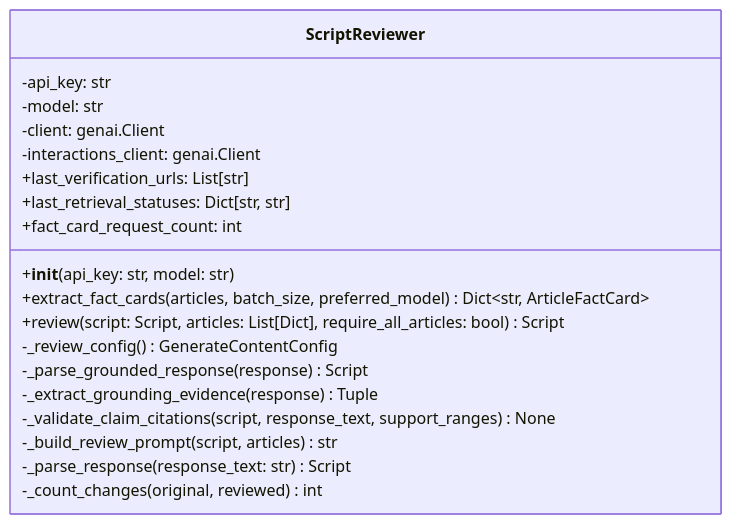
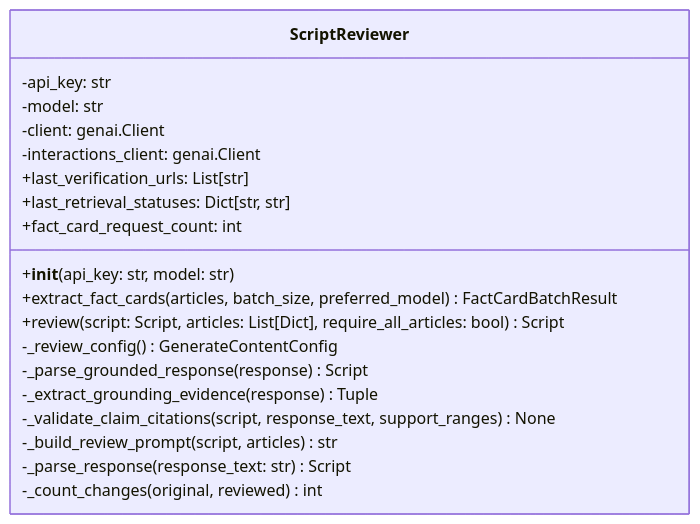
The third of 8 diagrams in docs/LLD.md (necoha/auto-podcast), drawn with Mermaid before and after one commit. The commit also changed other lines of this file and 2 other files, not shown here.

````diff
--- a/docs/LLD.md
+++ b/docs/LLD.md
@@ -205,22 +207,22 @@
 ```mermaid
 classDiagram
     class ScriptReviewer {
         -api_key: str
         -model: str
         -client: genai.Client
         -interactions_client: genai.Client
         +last_verification_urls: List[str]
         +last_retrieval_statuses: Dict[str, str]
         +fact_card_request_count: int
         +__init__(api_key: str, model: str)
-        +extract_fact_cards(articles, batch_size, preferred_model) Dict~str, ArticleFactCard~
+        +extract_fact_cards(articles, batch_size, preferred_model) FactCardBatchResult
         +review(script: Script, articles: List[Dict], require_all_articles: bool) Script
         -_review_config() GenerateContentConfig
         -_parse_grounded_response(response) Script
         -_extract_grounding_evidence(response) Tuple
         -_validate_claim_citations(script, response_text, support_ranges) None
         -_build_review_prompt(script, articles) str
         -_parse_response(response_text: str) Script
         -_count_changes(original, reviewed) int
     }
 ```
````
